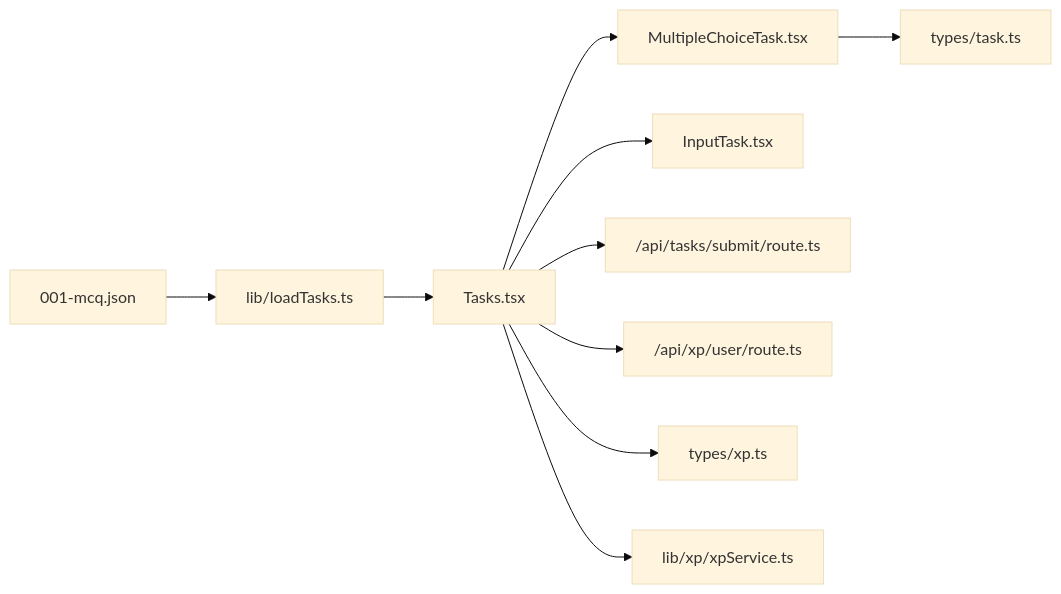
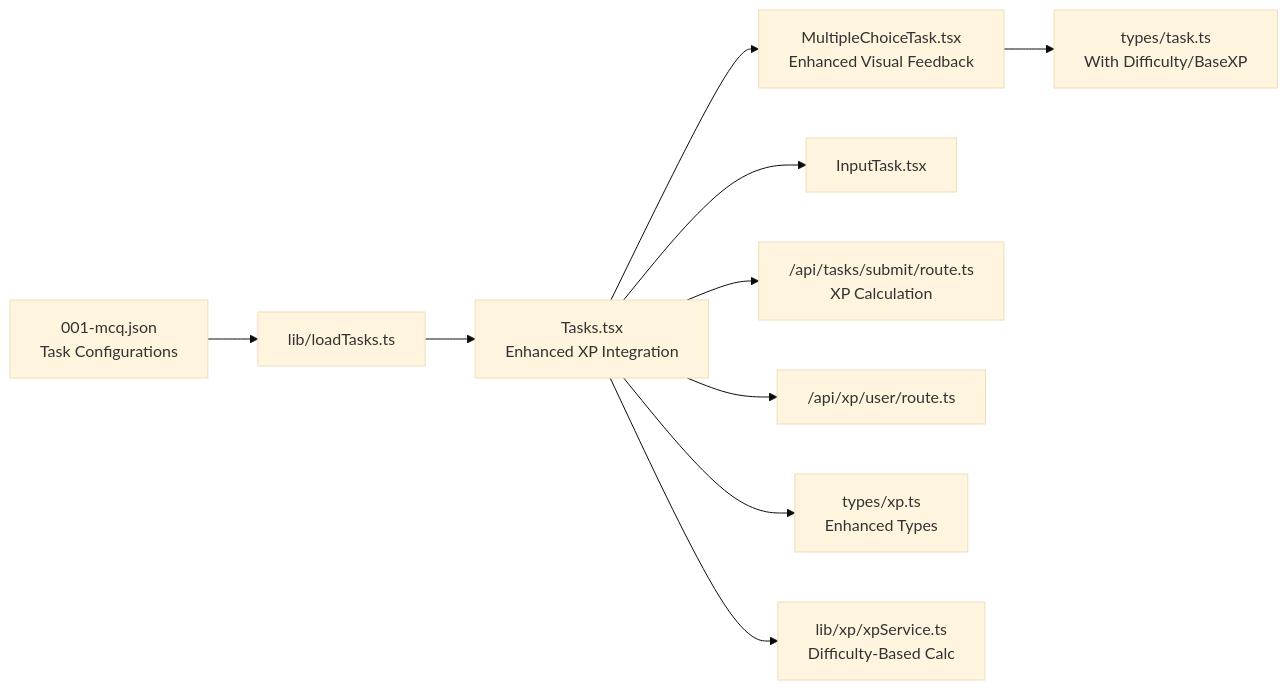
Before and after one commit to AlexKutz/math-app-next-js: the fifth of 5 diagrams in .qoder/repowiki/en/content/Core Features/Learning Interface/Multiple Choice Tasks.md, drawn with Mermaid (base theme). The commit also changed other lines of this file and 9 other files, not shown here.

````diff
--- a/.qoder/repowiki/en/content/Core Features/Learning Interface/Multiple Choice Tasks.md
+++ b/.qoder/repowiki/en/content/Core Features/Learning Interface/Multiple Choice Tasks.md
@@ -345,12 +383,12 @@
 ```mermaid
 graph LR
-MC["MultipleChoiceTask.tsx"] --> T["types/task.ts"]
-TS["Tasks.tsx"] --> MC
+MC["MultipleChoiceTask.tsx<br/>Enhanced Visual Feedback"] --> T["types/task.ts<br/>With Difficulty/BaseXP"]
+TS["Tasks.tsx<br/>Enhanced XP Integration"] --> MC
 TS --> IT["InputTask.tsx"]
-TS --> API1["/api/tasks/submit/route.ts"]
+TS --> API1["/api/tasks/submit/route.ts<br/>XP Calculation"]
 TS --> API2["/api/xp/user/route.ts"]
-TS --> XPT["types/xp.ts"]
-TS --> XPS["lib/xp/xpService.ts"]
-DATA["001-mcq.json"] --> LD["lib/loadTasks.ts"]
+TS --> XPT["types/xp.ts<br/>Enhanced Types"]
+TS --> XPS["lib/xp/xpService.ts<br/>Difficulty-Based Calc"]
+DATA["001-mcq.json<br/>Task Configurations"] --> LD["lib/loadTasks.ts"]
 LD --> TS
 ```
````
